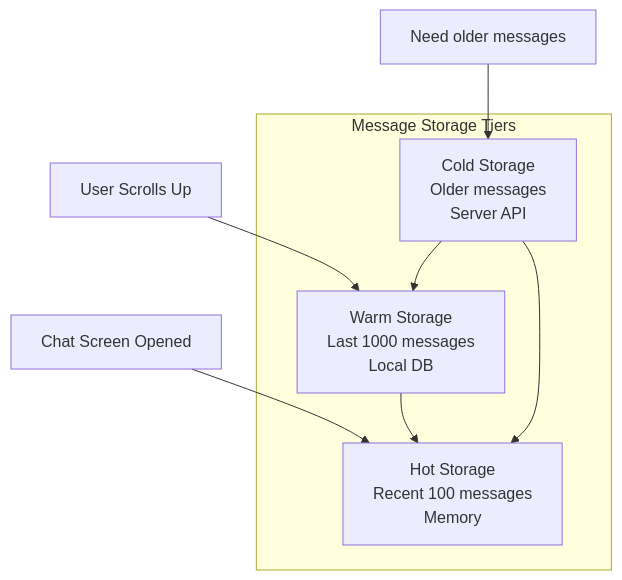
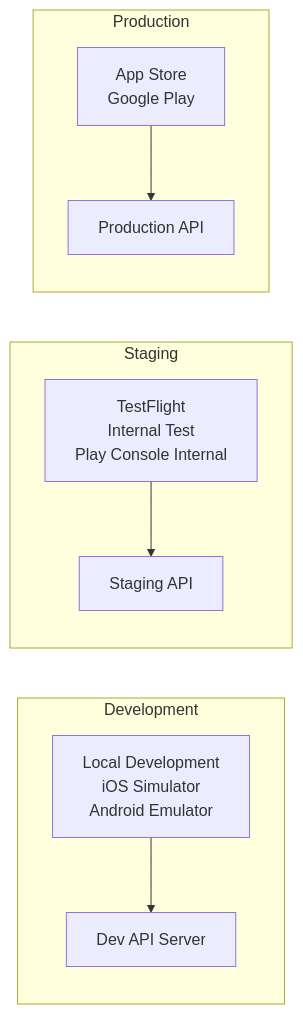
Before and after one commit to vovkins/agents-react-native-experiment-2: the eighth of 9 diagrams in docs/design/system-design.md, drawn with Mermaid. The commit also changed other lines of this file, not shown here.

````diff
--- a/docs/design/system-design.md
+++ b/docs/design/system-design.md
@@ -1177,17 +1159,21 @@
 ```mermaid
-graph TB
-    subgraph "Message Storage Tiers"
-        Hot[Hot Storage<br/>Recent 100 messages<br/>Memory]
-        Warm[Warm Storage<br/>Last 1000 messages<br/>Local DB]
-        Cold[Cold Storage<br/>Older messages<br/>Server API]
+graph LR
+    subgraph "Development"
+        DevLocal[Local Development<br/>iOS Simulator<br/>Android Emulator]
+        DevAPI[Dev API Server]
     end
     
-    ChatOpen[Chat Screen Opened] --> Hot
+    subgraph "Staging"
+        StagingBuild[TestFlight<br/>Internal Test<br/>Play Console Internal]
+        StagingAPI[Staging API]
+    end
     
-    ScrollUp[User Scrolls Up] --> Warm
-    Warm --> Hot
+    subgraph "Production"
+        ProdBuild[App Store<br/>Google Play]
+        ProdAPI[Production API]
+    end
     
-    Older[Need older messages] --> Cold
-    Cold --> Warm
-    Cold --> Hot
+    DevLocal --> DevAPI
+    StagingBuild --> StagingAPI
+    ProdBuild --> ProdAPI
 ```
````
